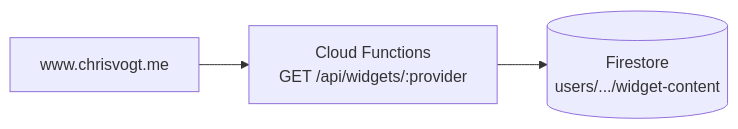
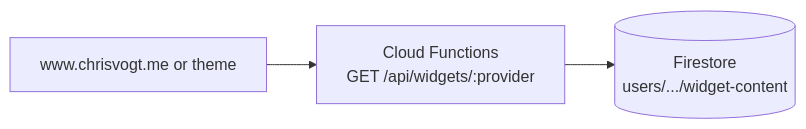
One commit to chrisvogt/metrics changed the first of 3 diagrams in README.md. Above: the diagram before and after it, drawn with Mermaid. The commit also changed other lines of this file and 26 other files, not shown here.

````diff
--- a/README.md
+++ b/README.md
@@ -65,5 +69,5 @@
 ```mermaid
 flowchart LR
-  site[www.chrisvogt.me] --> fn[Cloud Functions<br/>GET /api/widgets/:provider]
+  site[www.chrisvogt.me or theme] --> fn[Cloud Functions<br/>GET /api/widgets/:provider]
   fn --> fs[(Firestore<br/>users/.../widget-content)]
 ```
````
